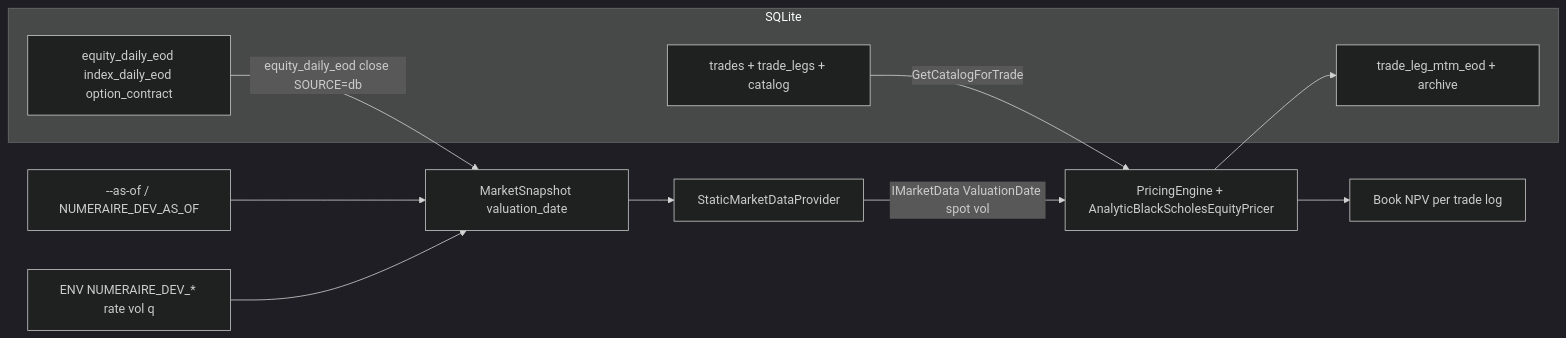
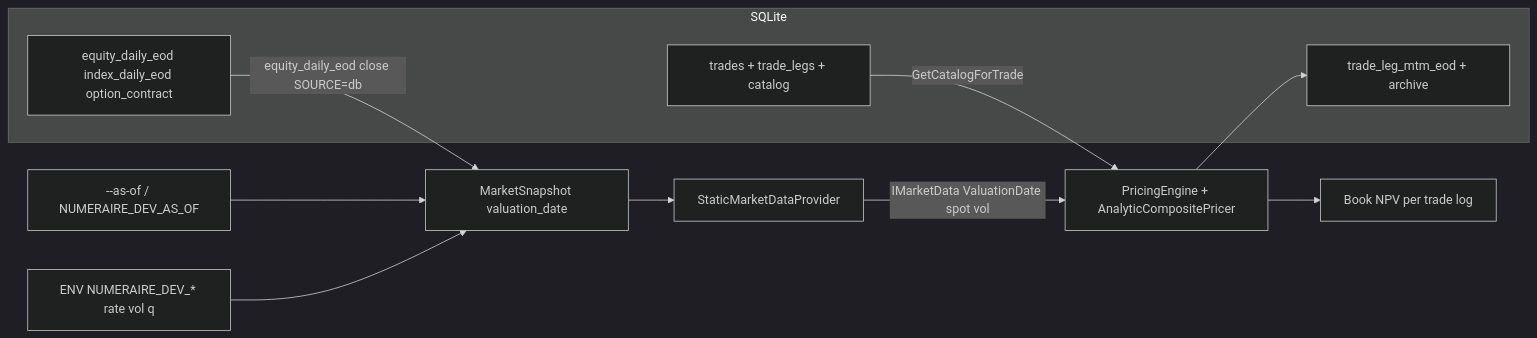
One commit to krzysiekbienias/numeraire changed diagram 12 of 12 in docs/architecture.md. Above: the diagram before and after it, drawn with Mermaid (dark theme). The commit also changed other lines of this file and 3 other files, not shown here.

First line of the commit message:
docs: update README and architecture documentation for analytic pricing enhancements

````diff
--- a/docs/architecture.md
+++ b/docs/architecture.md
@@ -573,17 +598,17 @@
 ```mermaid
 flowchart LR
     subgraph Persisted["SQLite"]
         TR[trades + trade_legs + catalog]
         MD[equity_daily_eod index_daily_eod option_contract]
         MTM[trade_leg_mtm_eod + archive]
     end
 
     ASOF["--as-of / NUMERAIRE_DEV_AS_OF"] --> SNAP[MarketSnapshot valuation_date]
-    TR -->|GetCatalogForTrade| PR[PricingEngine + AnalyticBlackScholesEquityPricer]
+    TR -->|GetCatalogForTrade| PR[PricingEngine + AnalyticCompositePricer]
     ENV[ENV NUMERAIRE_DEV_* rate vol q] --> SNAP
     SNAP --> SMP[StaticMarketDataProvider]
     SMP -->|IMarketData ValuationDate spot vol| PR
     MD -->|equity_daily_eod close SOURCE=db| SNAP
     PR --> NPV[Book NPV per trade log]
     PR --> MTM
 ```
````
